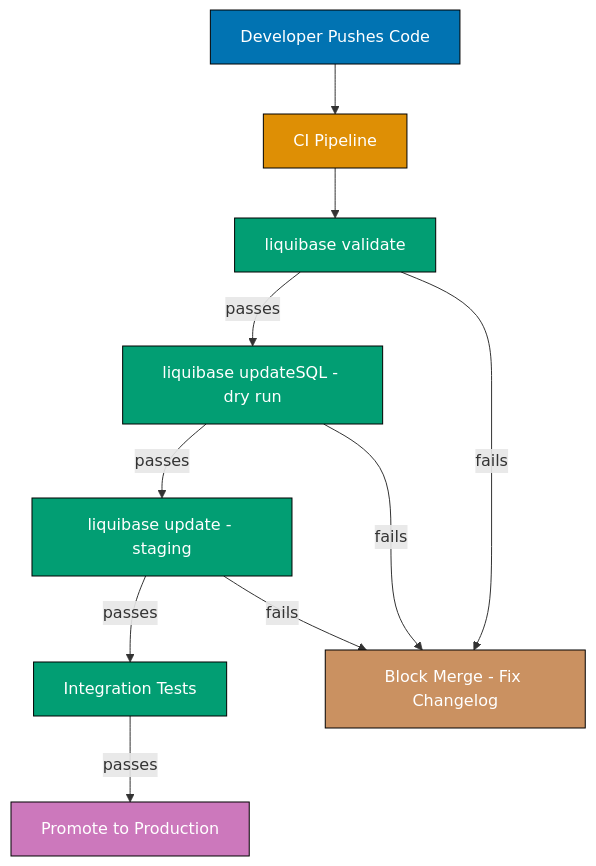
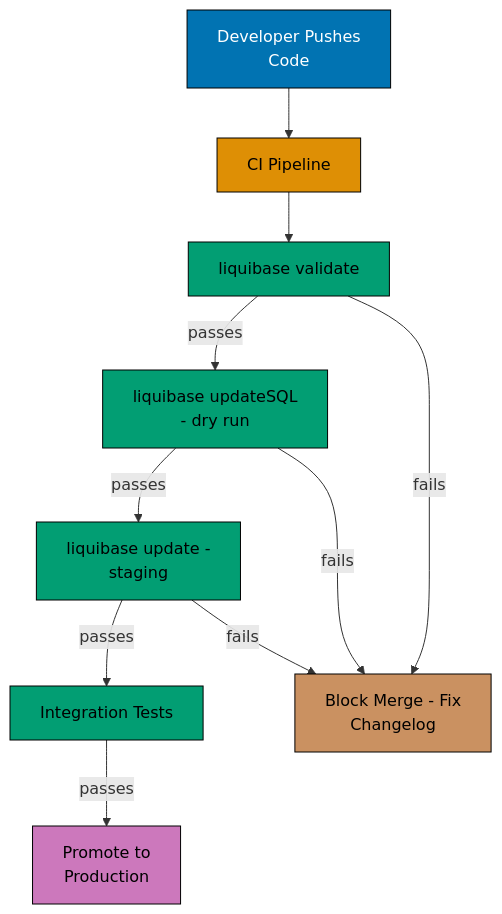
The fifth of 5 diagrams in apps/ayokoding-www/content/en/learn/legacy/software-engineering/data/tools/java-liquibase/by-example/intermediate.md (wahidyankf/ose-public), drawn with Mermaid before and after one commit. The commit also changed other lines of this file and 131 other files, not shown here.

First line of the commit message:
fix(mermaid): bring the legacy data, infrastructure, and testing diagrams onto the accessible palette

````diff
--- a/apps/ayokoding-www/content/en/learn/legacy/software-engineering/data/tools/java-liquibase/by-example/intermediate.md
+++ b/apps/ayokoding-www/content/en/learn/legacy/software-engineering/data/tools/java-liquibase/by-example/intermediate.md
@@ -1879,22 +1909,30 @@
 ```mermaid
 %% Color Palette: Blue #0173B2, Orange #DE8F05, Teal #029E73, Purple #CC78BC, Brown #CA9161
 graph TD
-    A[Developer Pushes Code] --> B[CI Pipeline]
+    accTitle: Example 60: Changelog Validation and Best Practices
+    accDescr: Graph with 8 nodes and 9 connections. Nodes: Developer Pushes Code, CI Pipeline, liquibase validate, liquibase updateSQL - dry run, liquibase update - staging, Integration Tests, Promote to Production, Block Merge - Fix Changelog. Connections: Developer Pushes Code to CI Pipeline, CI Pipeline to liquibase validate, liquibase validate to liquibase updateSQL - dry run (passes), liquibase updateSQL - dry run to liquibase update - staging (passes), liquibase update - staging to Integration Tests (passes), Integration Tests to Promote to Production (passes), liquibase validate to Block Merge - Fix Changelog (fails), liquibase updateSQL - dry run to Block Merge - Fix Changelog (fails), liquibase update - staging to Block Merge - Fix Changelog (fails).
+    A[Developer Pushes<br/>Code] --> B[CI Pipeline]
     B --> C[liquibase validate]
-    C -->|passes| D[liquibase updateSQL - dry run]
-    D -->|passes| E[liquibase update - staging]
+    C -->|passes| D[liquibase updateSQL<br/>- dry run]
+    D -->|passes| E[liquibase update -<br/>staging]
     E -->|passes| F[Integration Tests]
-    F -->|passes| G[Promote to Production]
-    C -->|fails| H[Block Merge - Fix Changelog]
+    F -->|passes| G[Promote to<br/>Production]
+    C -->|fails| H[Block Merge - Fix<br/>Changelog]
     D -->|fails| H
     E -->|fails| H
 
-    style A fill:#0173B2,stroke:#000,color:#fff
-    style B fill:#DE8F05,stroke:#000,color:#fff
-    style C fill:#029E73,stroke:#000,color:#fff
-    style D fill:#029E73,stroke:#000,color:#fff
-    style E fill:#029E73,stroke:#000,color:#fff
-    style F fill:#029E73,stroke:#000,color:#fff
-    style G fill:#CC78BC,stroke:#000,color:#fff
-    style H fill:#CA9161,stroke:#000,color:#fff
+    classDef pal-0173B2 fill:#0173B2,stroke:#000000,color:#FFFFFF
+    class A pal-0173B2
+    classDef pal-DE8F05 fill:#DE8F05,stroke:#000000,color:#000000
+    class B pal-DE8F05
+    classDef pal-029E73 fill:#029E73,stroke:#000000,color:#000000
+    class C pal-029E73
+    class D pal-029E73
+    class E pal-029E73
+    class F pal-029E73
+    classDef pal-CC78BC fill:#CC78BC,stroke:#000000,color:#000000
+    class G pal-CC78BC
+    classDef pal-CA9161 fill:#CA9161,stroke:#000000,color:#000000
+    class H pal-CA9161
+    classDef default fill:#FFFFFF,stroke:#000000,color:#000000
 ```
````
